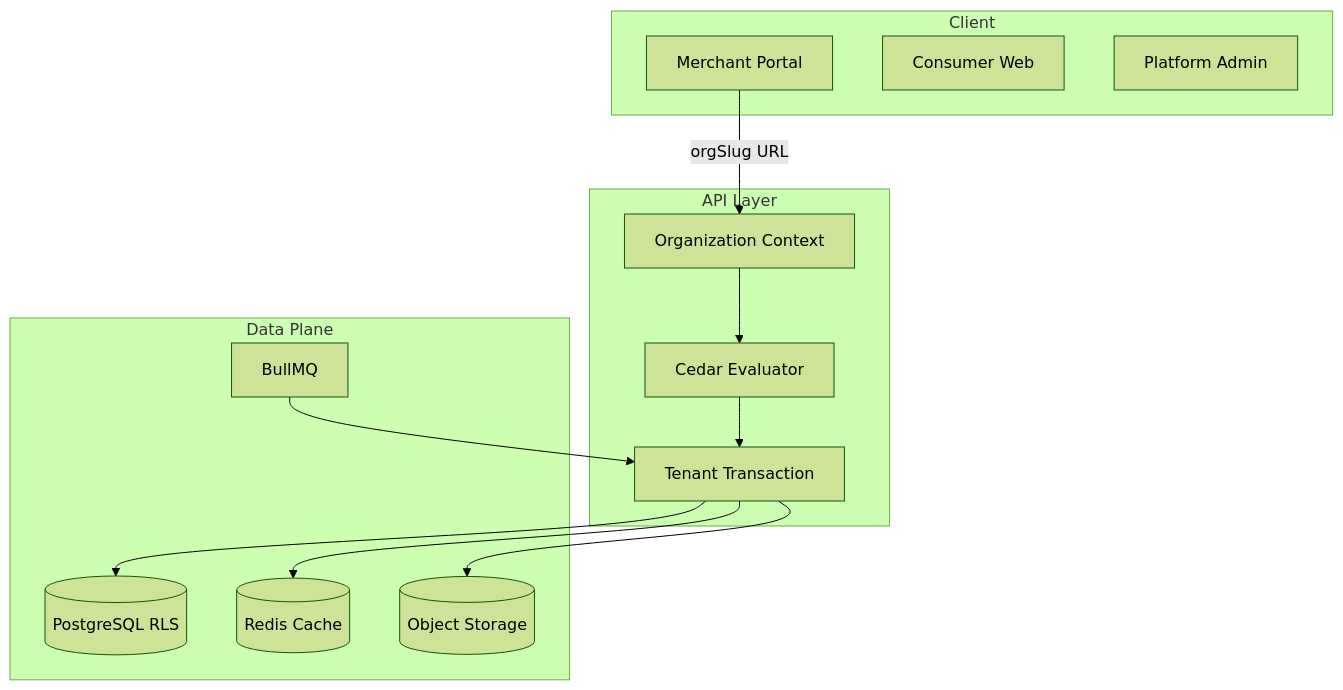
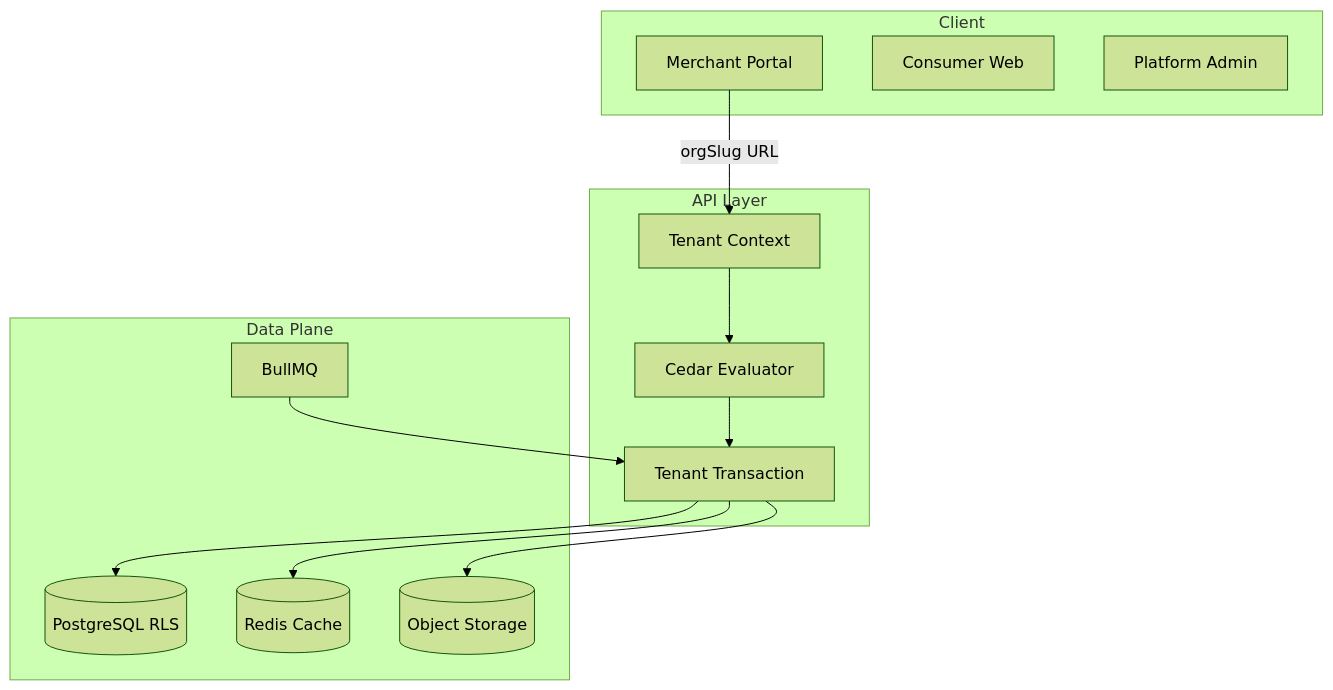
Before and after one commit to patelzz007/nestjs-nextjs-turborepo-starter-kit: the diagram in docs/technical/security/threat-model.md, drawn with Mermaid (forest theme). The commit also changed other lines of this file and 674 other files, not shown here.

````diff
--- a/docs/technical/security/threat-model.md
+++ b/docs/technical/security/threat-model.md
@@ -32,26 +32,26 @@
 ```mermaid
 flowchart TB
   subgraph client [Client]
     MerchantUI[Merchant Portal]
     WebUI[Consumer Web]
     AdminUI[Platform Admin]
   end
   subgraph api [API Layer]
-    OrgCtx[Organization Context]
+    OrgCtx[Tenant Context]
     Cedar[Cedar Evaluator]
     TenantTx[Tenant Transaction]
   end
   subgraph data [Data Plane]
     PG[(PostgreSQL RLS)]
     Redis[(Redis Cache)]
     S3[(Object Storage)]
     Queue[BullMQ]
   end
   MerchantUI -->|orgSlug URL| OrgCtx
   OrgCtx --> Cedar
   Cedar --> TenantTx
   TenantTx --> PG
   TenantTx --> Redis
   TenantTx --> S3
   Queue --> TenantTx
 ```
````
